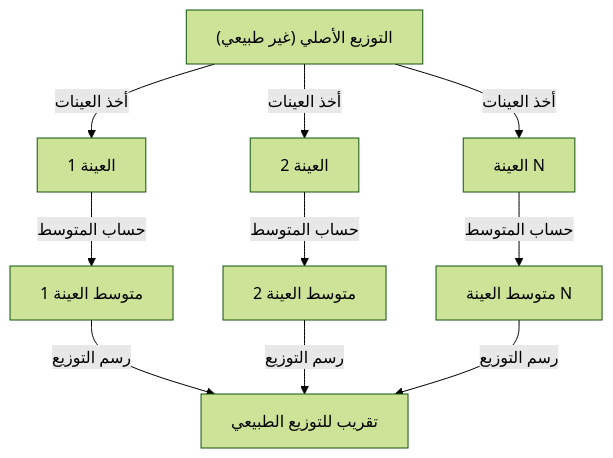
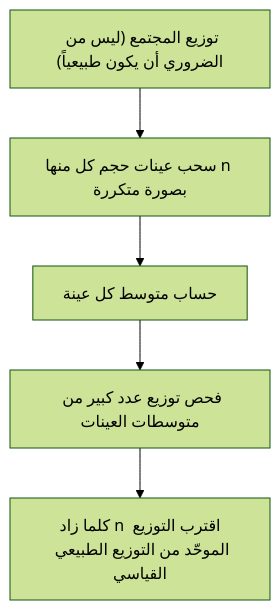
One commit to kenjinote/blog changed the diagram in content/post/central-limit-theorem/index.ar.md. Above: the diagram before and after it, drawn with Mermaid (forest theme). The commit also changed other lines of this file and 15 other files, not shown here.

````diff
--- a/content/post/central-limit-theorem/index.ar.md
+++ b/content/post/central-limit-theorem/index.ar.md
@@ -44,12 +44,7 @@
 ```mermaid
 graph TD
-    A["التوزيع الأصلي (غير طبيعي)"] -->|"أخذ العينات"| B["العينة 1"]
-    A -->|"أخذ العينات"| C["العينة 2"]
-    A -->|"أخذ العينات"| D["العينة N"]
-    B -->|"حساب المتوسط"| E["متوسط العينة 1"]
-    C -->|"حساب المتوسط"| F["متوسط العينة 2"]
-    D -->|"حساب المتوسط"| G["متوسط العينة N"]
-    E -->|"رسم التوزيع"| H["تقريب للتوزيع الطبيعي"]
-    F -->|"رسم التوزيع"| H
-    G -->|"رسم التوزيع"| H
+    A["توزيع المجتمع (ليس من الضروري أن يكون طبيعياً)"] --> B["سحب عينات حجم كل منها n بصورة متكررة"]
+    B --> C["حساب متوسط كل عينة"]
+    C --> D["فحص توزيع عدد كبير من متوسطات العينات"]
+    D --> E["كلما زاد n اقترب التوزيع الموحّد من التوزيع الطبيعي القياسي"]
 ```
````
